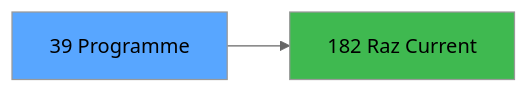
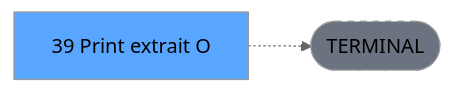
Before and after one commit to thonyAGP/lecteur-magic: the third of 3 diagrams in .openspec/renders/ADH-IDE-39.md, drawn with Mermaid (neutral theme). The commit also changed other lines of this file and 701 other files, not shown here.

````diff
--- a/.openspec/renders/ADH-IDE-39.md
+++ b/.openspec/renders/ADH-IDE-39.md
@@ -140,8 +140,8 @@
 ```mermaid
 graph LR
-    T[39 Programme]
-    C182[182 Raz Current ]
-    T --> C182
+    T[39 Print extrait O]
+    TERM([TERMINAL])
+    T -.-> TERM
+    style TERM fill:#6b7280,stroke-dasharray: 5 5
     style T fill:#58a6ff,color:#000
-    style C182 fill:#3fb950
 ```
````
